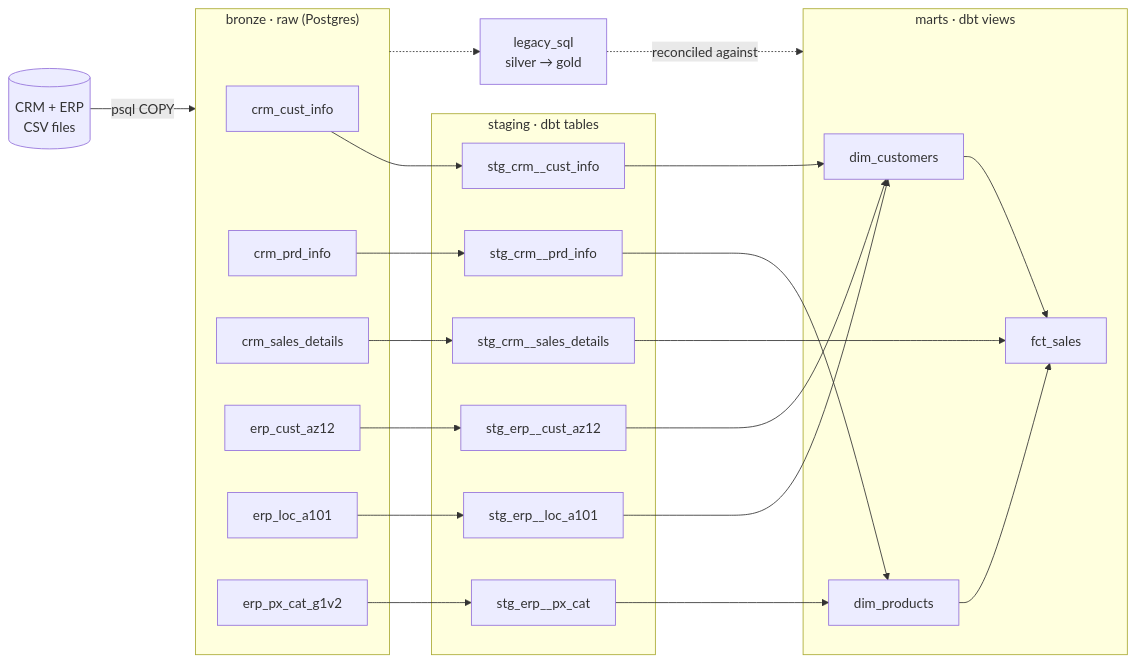
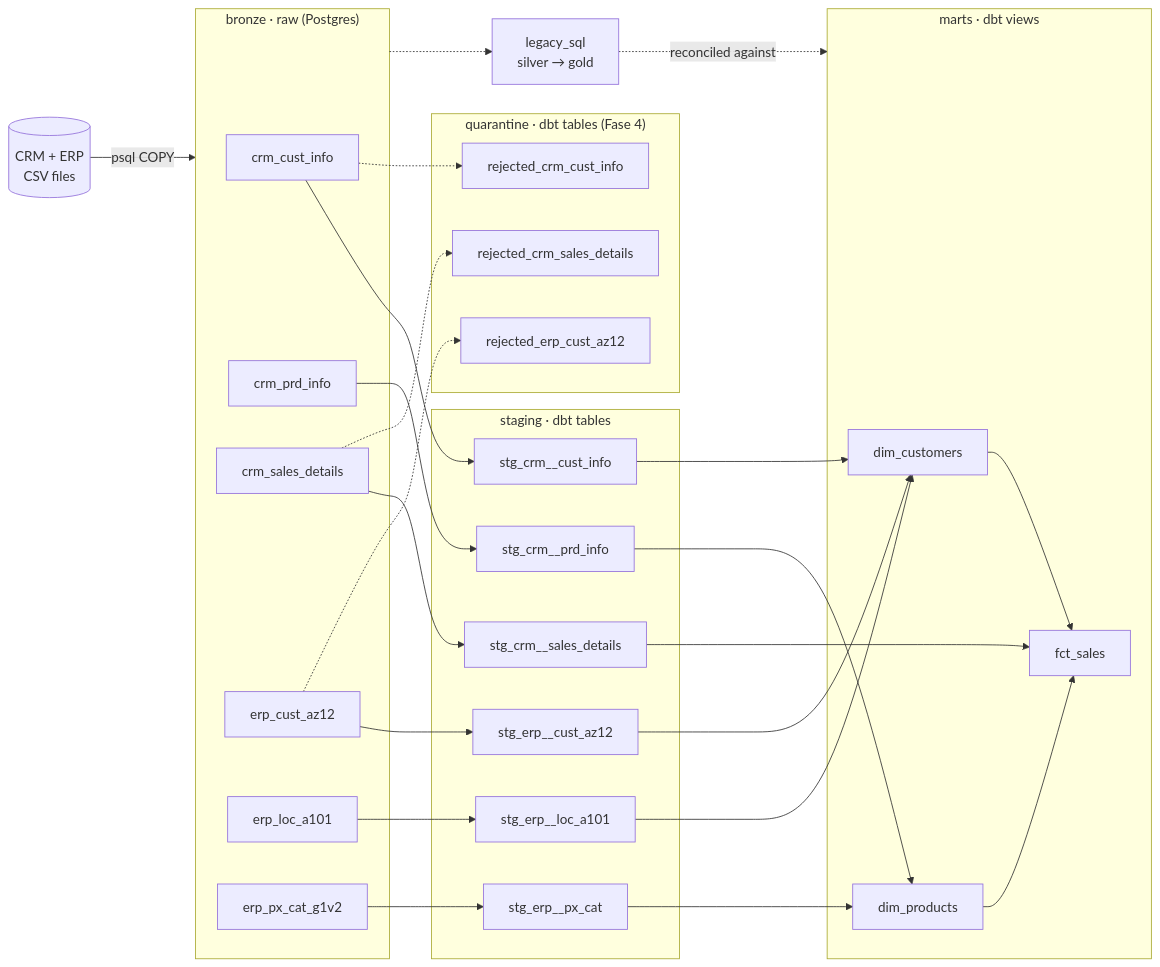
The second of 2 diagrams in docs/HUB.md (Afonsosequeira04/Data-Warehouse-Project), drawn with Mermaid before and after one commit. The commit also changed other lines of this file and 3 other files, not shown here.

````diff
--- a/docs/HUB.md
+++ b/docs/HUB.md
@@ -46,48 +46,58 @@
 ```mermaid
 flowchart LR
   SRC[("CRM + ERP<br/>CSV files")] -->|"psql COPY"| BRONZE
 
   subgraph BRONZE["bronze · raw (Postgres)"]
     b1["crm_cust_info"]
     b2["crm_prd_info"]
     b3["crm_sales_details"]
     b4["erp_cust_az12"]
     b5["erp_loc_a101"]
     b6["erp_px_cat_g1v2"]
+  end
+
+  subgraph QUARANTINE["quarantine · dbt tables (Fase 4)"]
+    q1["rejected_crm_cust_info"]
+    q2["rejected_crm_sales_details"]
+    q3["rejected_erp_cust_az12"]
   end
 
   subgraph STAGING["staging · dbt tables"]
     s1["stg_crm__cust_info"]
     s2["stg_crm__prd_info"]
     s3["stg_crm__sales_details"]
     s4["stg_erp__cust_az12"]
     s5["stg_erp__loc_a101"]
     s6["stg_erp__px_cat"]
   end
 
   subgraph MARTS["marts · dbt views"]
     dc["dim_customers"]
     dp["dim_products"]
     fs["fct_sales"]
   end
 
   b1 --> s1
   b2 --> s2
   b3 --> s3
   b4 --> s4
   b5 --> s5
   b6 --> s6
 
+  b1 -.-> q1
+  b3 -.-> q2
+  b4 -.-> q3
+
   s1 --> dc
   s4 --> dc
   s5 --> dc
   s2 --> dp
   s6 --> dp
   s3 --> fs
   dc --> fs
   dp --> fs
 
   LEGACY["legacy_sql<br/>silver → gold"]
   BRONZE -.-> LEGACY
   LEGACY -.->|"reconciled against"| MARTS
 ```
````
